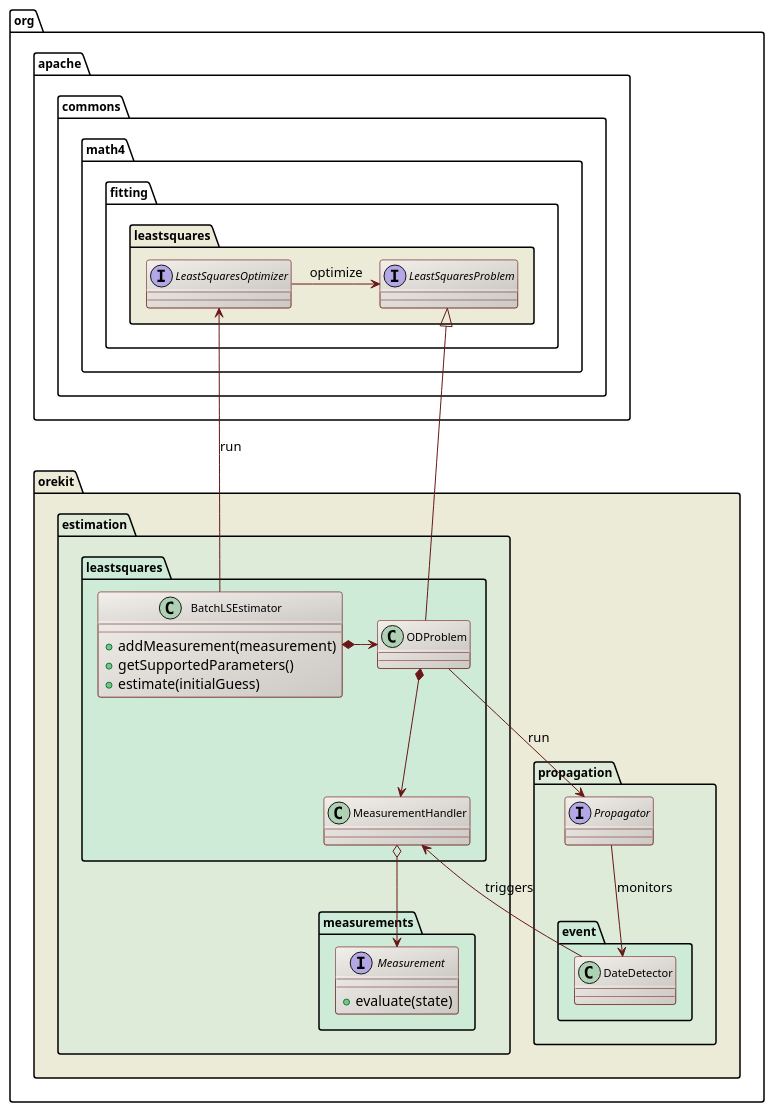
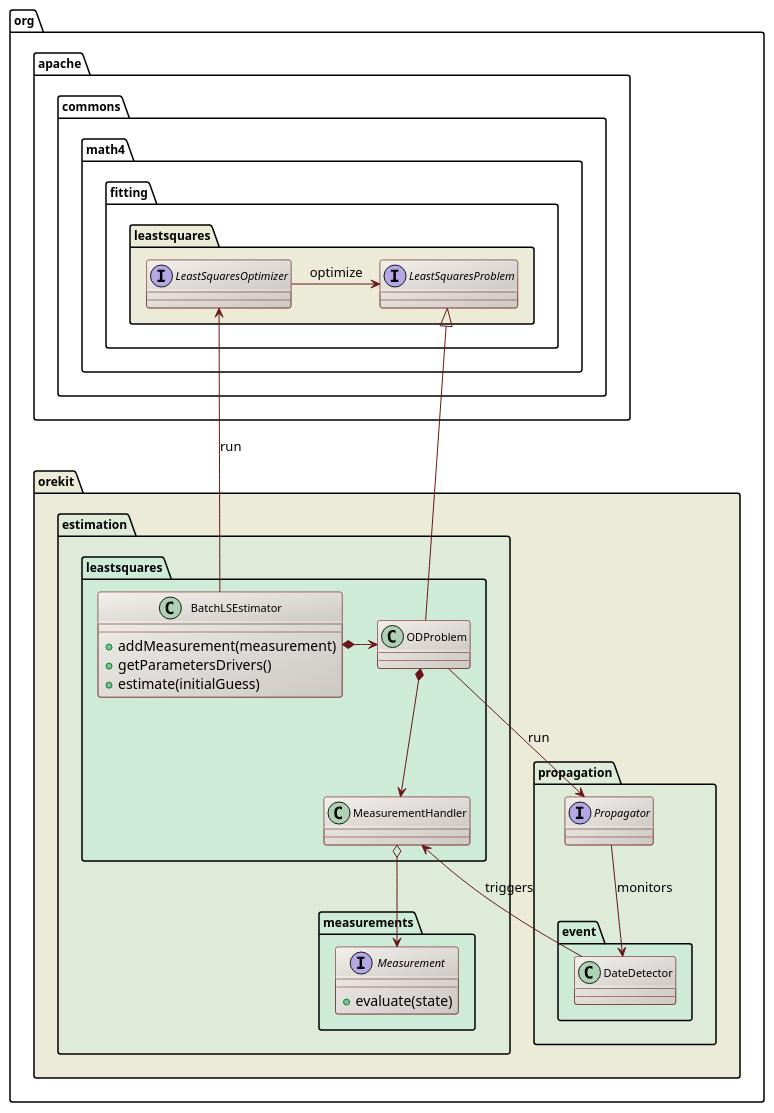
Before and after one commit to CS-SI/Orekit: the diagram in src/design/orbit-determination-overview-class-diagram.puml, drawn with PlantUML. The commit also changed 33 other files, not shown here.

```diff
--- a/src/design/orbit-determination-overview-class-diagram.puml
+++ b/src/design/orbit-determination-overview-class-diagram.puml
@@ -17,61 +17,61 @@
 @startuml
 
   skinparam svek                  true
   skinparam ClassBackgroundColor  #F3EFEB/CCC9C5
   skinparam ClassArrowColor       #691616
   skinparam ClassBorderColor      #691616
   skinparam NoteBackgroundColor   #F3EFEB
   skinparam NoteBorderColor       #691616
   skinparam NoteFontColor         #691616
   skinparam ClassFontSize         11
   skinparam PackageFontSize       12
 
   package org.apache.commons.math4.fitting.leastsquares #ECEBD8 {
 
           interface LeastSquaresOptimizer
           interface LeastSquaresProblem
           LeastSquaresOptimizer -right-> LeastSquaresProblem  : optimize
 
   }
 
   package org.orekit #ECEBD8 {
 
     package propagation #DDEBD8 {
         interface Propagator
         package event #CEEBD8 {
             Propagator --> DateDetector : monitors
         }
     }
 
     package estimation #DDEBD8 {
 
         package leastsquares #CEEBD8 {
 
            class BatchLSEstimator {
               +addMeasurement(measurement)
-              +getSupportedParameters()
+              +getParametersDrivers()
               +estimate(initialGuess)
            }
            class ODProblem
            class MeasurementHandler
 
             ODProblem *--> MeasurementHandler
             ODProblem --> Propagator : run
             MeasurementHandler <-- DateDetector : triggers
 
           BatchLSEstimator *-right-> ODProblem
           LeastSquaresProblem <|-- ODProblem
           LeastSquaresOptimizer  <-- BatchLSEstimator : run
         }
 
         package measurements #CEEBD8 {
             interface Measurement {
               +evaluate(state)
             }
             MeasurementHandler o--> Measurement
         }
     }
 
   }
 
 @enduml
```
